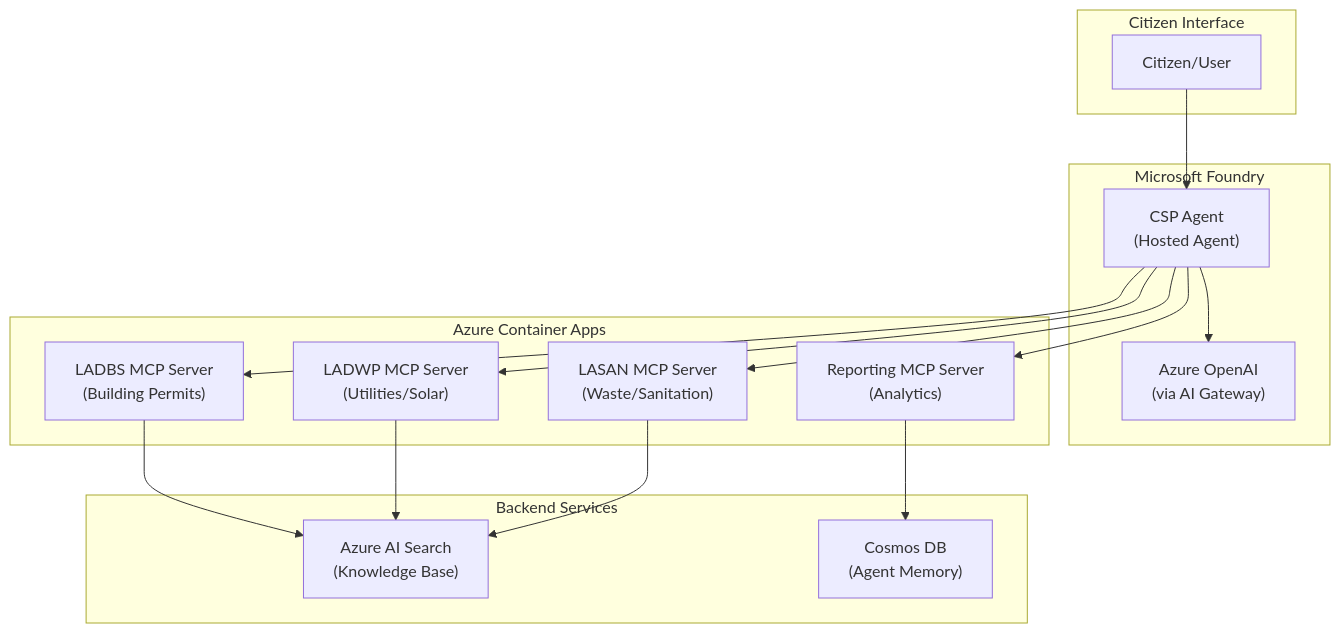
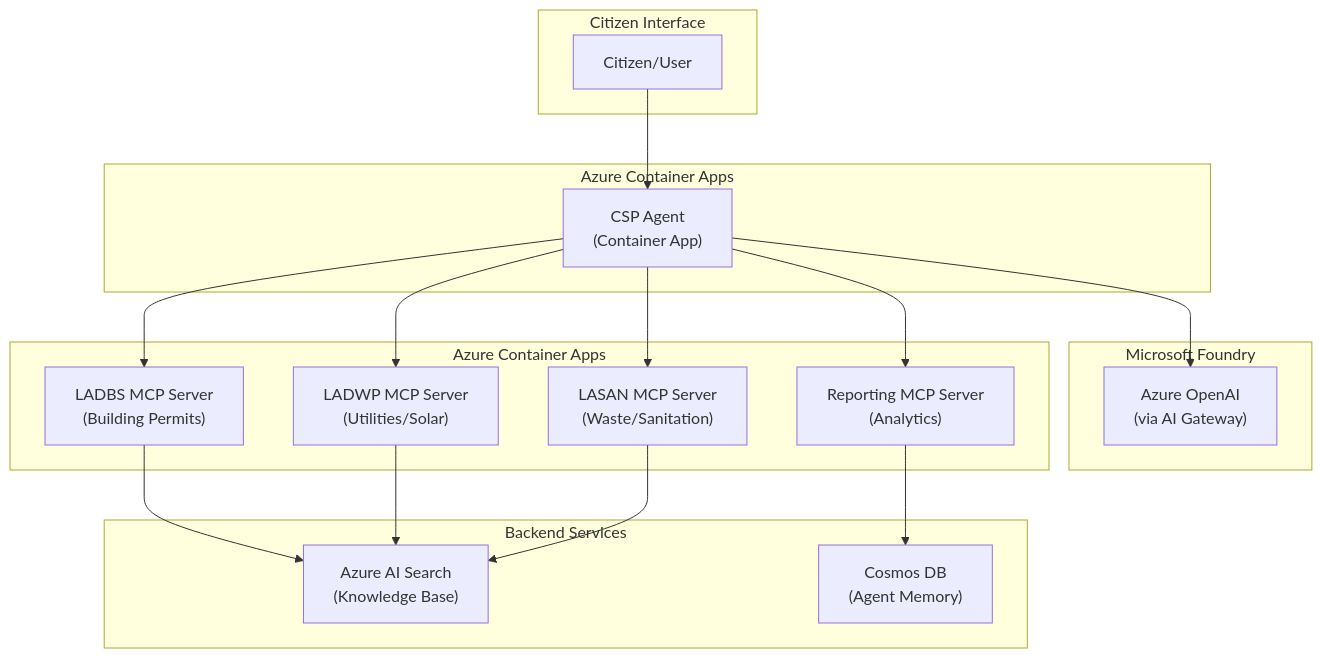
One commit to aldelar/citizen-services-portal changed the diagram in specs/4-spec-csp-agent.md. Above: the diagram before and after it, drawn with Mermaid. The commit also changed other lines of this file and 17 other files, not shown here.

````diff
--- a/specs/4-spec-csp-agent.md
+++ b/specs/4-spec-csp-agent.md
@@ -20,35 +20,38 @@
 ```mermaid
 flowchart TB
     subgraph Citizen["Citizen Interface"]
         User["Citizen/User"]
     end
 
+    subgraph ACAAgent["Azure Container Apps"]
+        CSP["CSP Agent<br/>(Container App)"]
+    end
+
     subgraph Foundry["Microsoft Foundry"]
-        CSP["CSP Agent<br/>(Hosted Agent)"]
         AOAI["Azure OpenAI<br/>(via AI Gateway)"]
     end
 
     subgraph ACA["Azure Container Apps"]
         MCP_LADBS["LADBS MCP Server<br/>(Building Permits)"]
         MCP_LADWP["LADWP MCP Server<br/>(Utilities/Solar)"]
         MCP_LASAN["LASAN MCP Server<br/>(Waste/Sanitation)"]
         MCP_RPT["Reporting MCP Server<br/>(Analytics)"]
     end
 
     subgraph Backend["Backend Services"]
         Search["Azure AI Search<br/>(Knowledge Base)"]
         CosmosDB["Cosmos DB<br/>(Agent Memory)"]
     end
 
     User --> CSP
     CSP --> AOAI
     CSP --> MCP_LADBS
     CSP --> MCP_LADWP
     CSP --> MCP_LASAN
     CSP --> MCP_RPT
 
     MCP_LADBS --> Search
     MCP_LADWP --> Search
     MCP_LASAN --> Search
     MCP_RPT --> CosmosDB
 ```
````
